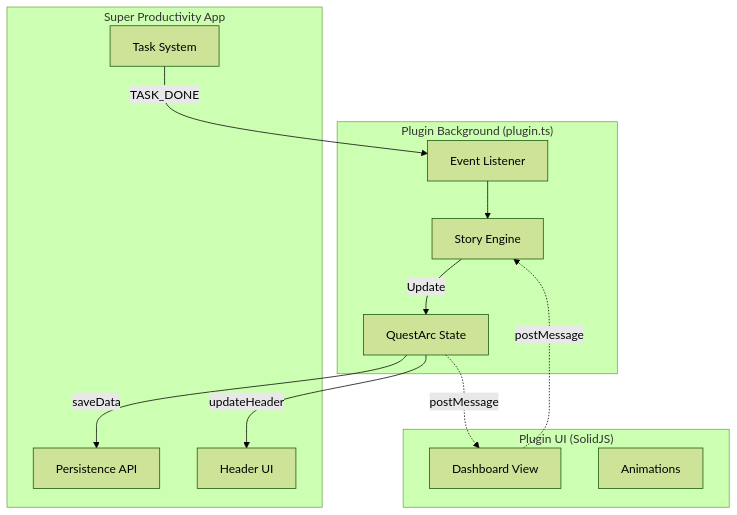
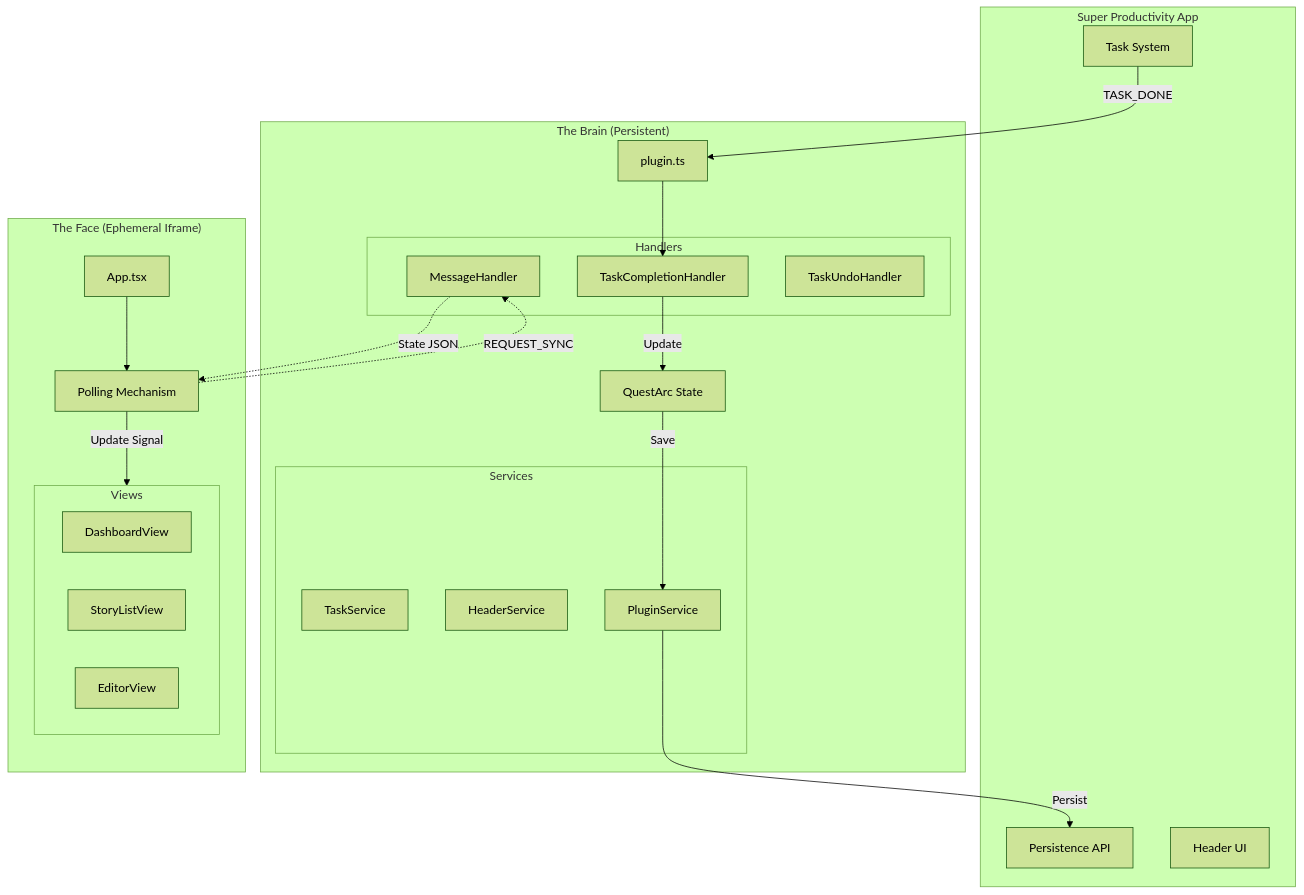
The diagram in docs/ARCHITECTURE.md (nexumia-de/QuestArc), drawn with Mermaid (forest theme) before and after one commit. The commit also changed other lines of this file and 20 other files, not shown here.

````diff
--- a/docs/ARCHITECTURE.md
+++ b/docs/ARCHITECTURE.md
@@ -5,28 +7,46 @@
 ```mermaid
 graph TD
     subgraph Host["Super Productivity App"]
         Tasks[Task System]
         Storage[Persistence API]
         Header[Header UI]
     end
 
-    subgraph Brain["Plugin Background (plugin.ts)"]
-        Logic[Story Engine]
+    subgraph Brain["The Brain (Persistent)"]
+        PluginEntry[plugin.ts]
+        subgraph Services
+            TaskSvc[TaskService]
+            HeaderSvc[HeaderService]
+            PluginSvc[PluginService]
+        end
+        subgraph Handlers
+            MsgHandler[MessageHandler]
+            CompHandler[TaskCompletionHandler]
+            UndoHandler[TaskUndoHandler]
+        end
         State[QuestArc State]
-        Listener[Event Listener]
     end
 
-    subgraph Face["Plugin UI (SolidJS)"]
-        View[Dashboard View]
-        Anim[Animations]
+    subgraph Face["The Face (Ephemeral Iframe)"]
+        FaceEntry[App.tsx]
+        subgraph Views
+            Dash[DashboardView]
+            StoryList[StoryListView]
+            Editor[EditorView]
+        end
+        Poll[Polling Mechanism]
     end
 
-    Tasks -->|TASK_DONE| Listener
-    Listener --> Logic
-    Logic -->|Update| State
-    State -->|saveData| Storage
-    State -->|updateHeader| Header
-    State -.->|postMessage| View
-    View -.->|postMessage| Logic
+    %% Event Flow
+    Tasks -->|TASK_DONE| PluginEntry
+    PluginEntry --> CompHandler
+    CompHandler -->|Update| State
+    State -->|Save| PluginSvc
+    PluginSvc -->|Persist| Storage
 
+    %% UI Flow
+    FaceEntry --> Poll
+    Poll -.->|REQUEST_SYNC| MsgHandler
+    MsgHandler -.->|State JSON| Poll
+    Poll -->|Update Signal| Views
 ```
````
